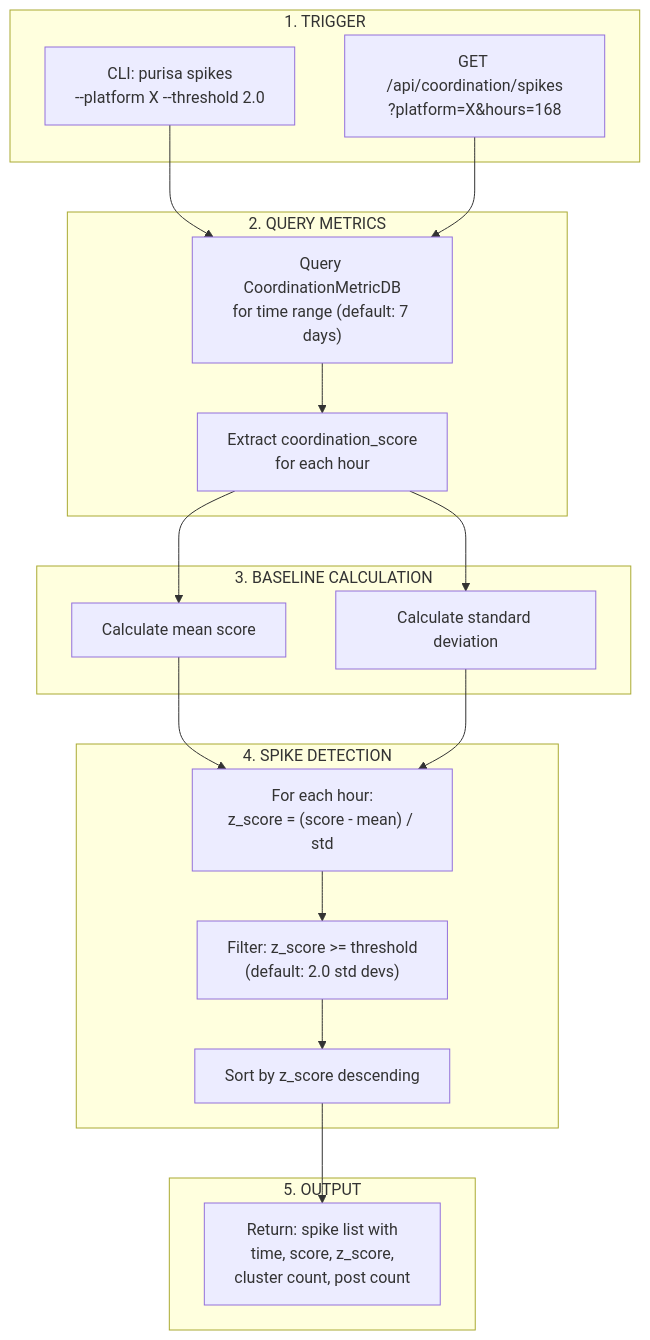
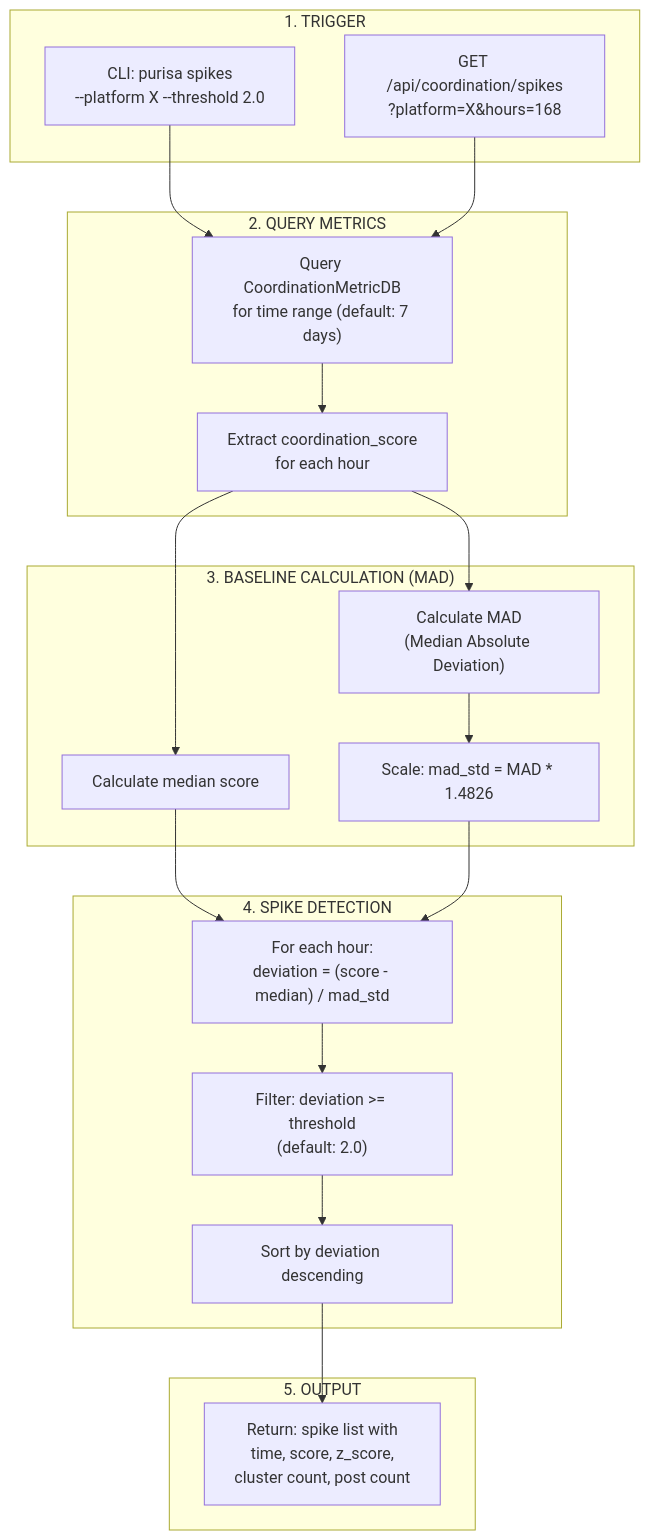
Before and after one commit to Max-R/purisa: the third of 3 diagrams in FLOW_DIAGRAMS.md, drawn with Mermaid. The commit also changed other lines of this file and 6 other files, not shown here.

````diff
--- a/FLOW_DIAGRAMS.md
+++ b/FLOW_DIAGRAMS.md
@@ -263,32 +265,34 @@
 ```mermaid
 flowchart TD
     subgraph Trigger["1. TRIGGER"]
         CLI["CLI: purisa spikes<br/>--platform X --threshold 2.0"]
         API["GET /api/coordination/spikes<br/>?platform=X&hours=168"]
     end
 
     subgraph Query["2. QUERY METRICS"]
         FETCH["Query CoordinationMetricDB<br/>for time range (default: 7 days)"]
         SCORES["Extract coordination_score<br/>for each hour"]
     end
 
-    subgraph Stats["3. BASELINE CALCULATION"]
-        MEAN["Calculate mean score"]
-        STD["Calculate standard deviation"]
+    subgraph Stats["3. BASELINE CALCULATION (MAD)"]
+        MEDIAN["Calculate median score"]
+        MAD["Calculate MAD<br/>(Median Absolute Deviation)"]
+        SCALE["Scale: mad_std = MAD * 1.4826"]
     end
 
     subgraph Detect["4. SPIKE DETECTION"]
-        ZSCORE["For each hour:<br/>z_score = (score - mean) / std"]
-        FILTER["Filter: z_score >= threshold<br/>(default: 2.0 std devs)"]
-        SORT["Sort by z_score descending"]
+        ZSCORE["For each hour:<br/>deviation = (score - median) / mad_std"]
+        FILTER["Filter: deviation >= threshold<br/>(default: 2.0)"]
+        SORT["Sort by deviation descending"]
     end
 
     subgraph Output["5. OUTPUT"]
         RESULT["Return: spike list with<br/>time, score, z_score,<br/>cluster count, post count"]
     end
 
     CLI --> FETCH
     API --> FETCH
-    FETCH --> SCORES --> MEAN & STD
-    MEAN & STD --> ZSCORE --> FILTER --> SORT --> RESULT
+    FETCH --> SCORES --> MEDIAN & MAD
+    MAD --> SCALE
+    MEDIAN & SCALE --> ZSCORE --> FILTER --> SORT --> RESULT
 ```
````
